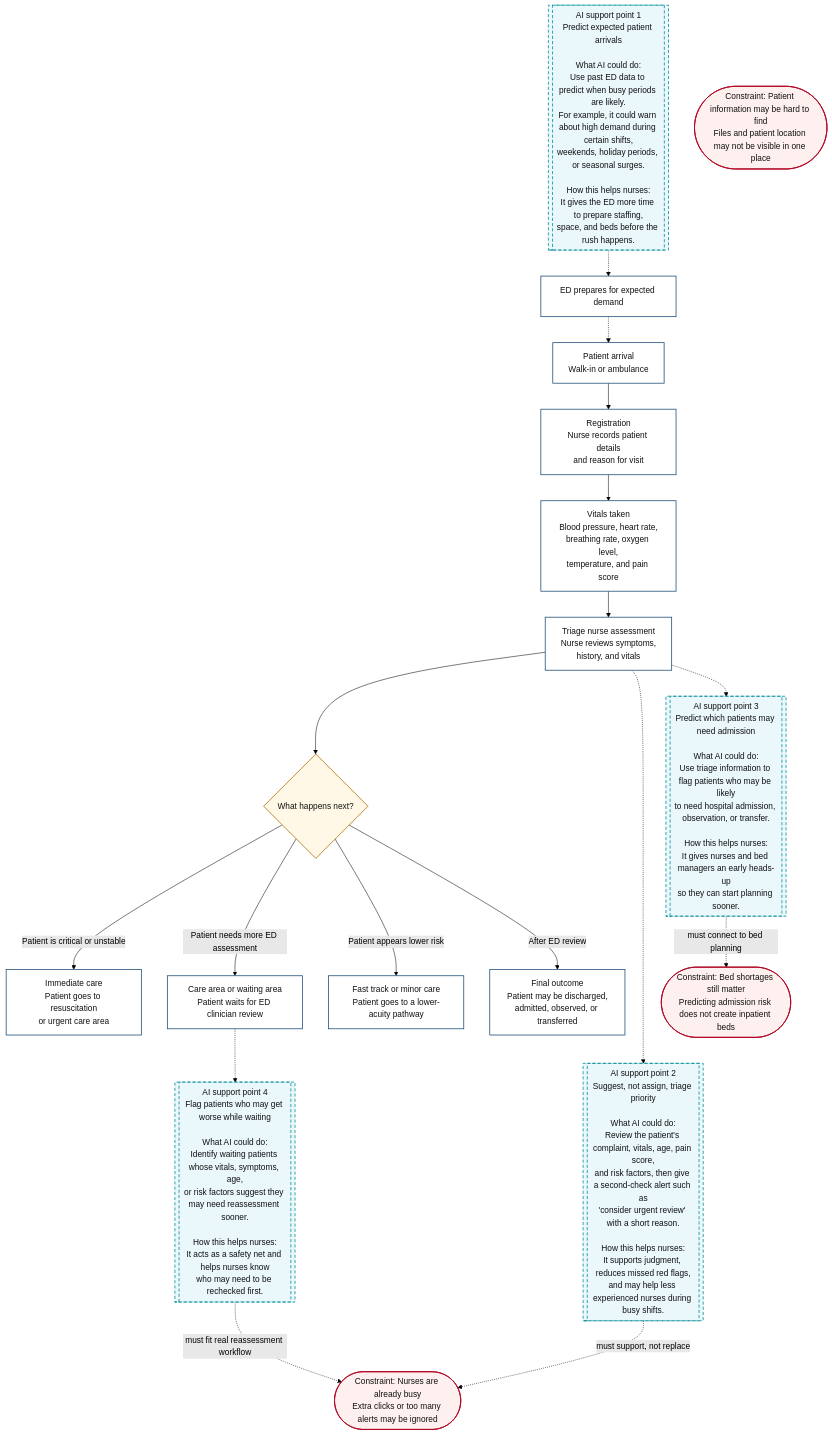
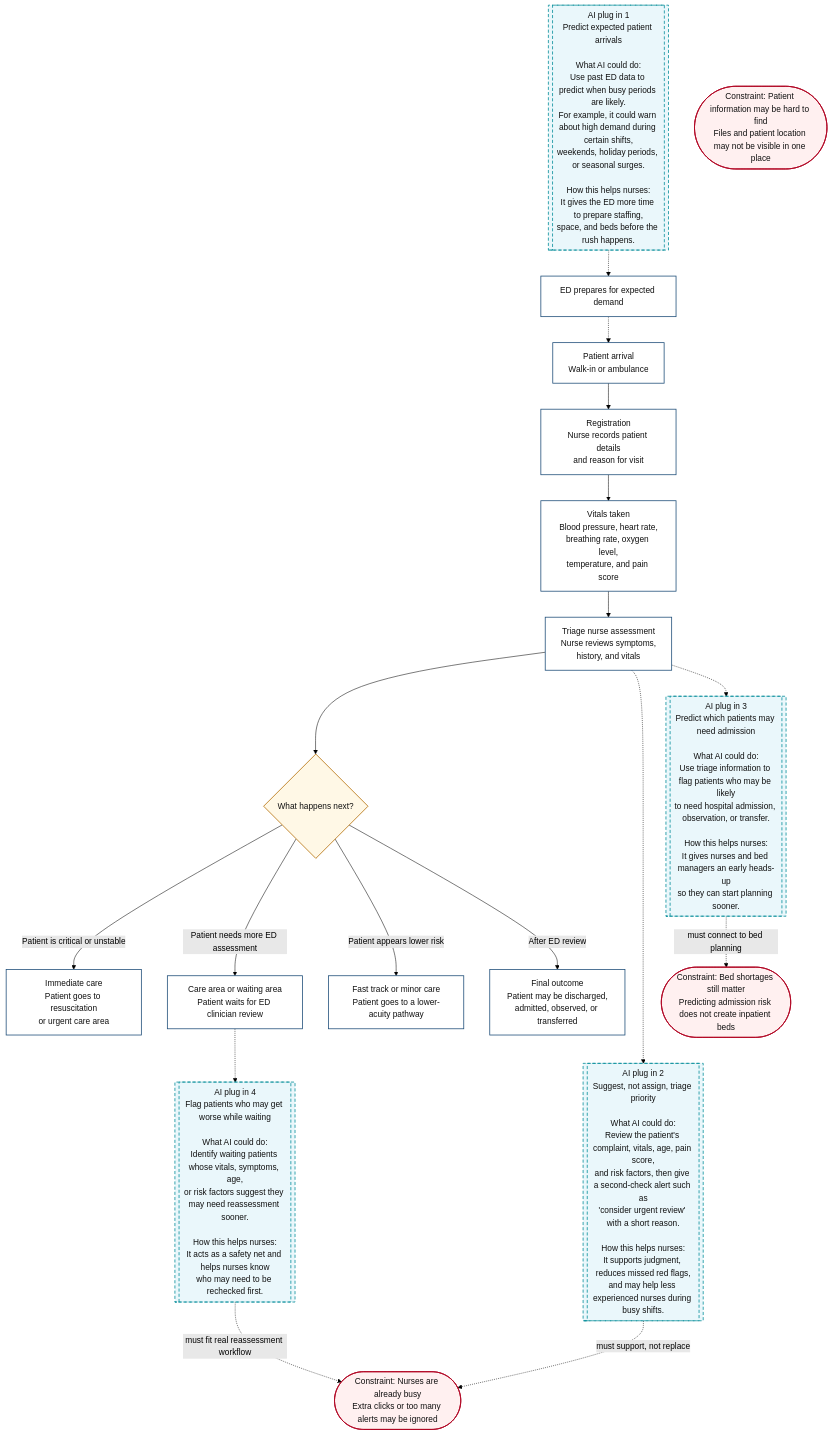
One commit to tinadams/carisurg-portfolio changed the diagram in docs/week_0_workflow.md. Above: the diagram before and after it, drawn with Mermaid (forest theme).

Commit message:
Update AI support points to AI plug ins in workflow

````diff
--- a/docs/week_0_workflow.md
+++ b/docs/week_0_workflow.md
@@ -1,55 +1,55 @@
 ```mermaid
 flowchart TD
 
 A[Patient arrival<br/>Walk-in or ambulance] --> B[Registration<br/>Nurse records patient details<br/>and reason for visit]
 
 B --> C[Vitals taken<br/>Blood pressure, heart rate,<br/>breathing rate, oxygen level,<br/>temperature, and pain score]
 
 C --> D[Triage nurse assessment<br/>Nurse reviews symptoms,<br/>history, and vitals]
 
 D --> E{What happens next?}
 
 E -->|Patient is critical or unstable| F[Immediate care<br/>Patient goes to resuscitation<br/>or urgent care area]
 
 E -->|Patient needs more ED assessment| G[Care area or waiting area<br/>Patient waits for ED clinician review]
 
 E -->|Patient appears lower risk| H[Fast track or minor care<br/>Patient goes to a lower-acuity pathway]
 
 E -->|After ED review| I[Final outcome<br/>Patient may be discharged,<br/>admitted, observed, or transferred]
 
-AI1[[AI support point 1<br/>Predict expected patient arrivals<br/><br/>What AI could do:<br/>Use past ED data to predict when busy periods are likely.<br/>For example, it could warn about high demand during certain shifts,<br/>weekends, holiday periods, or seasonal surges.<br/><br/>How this helps nurses:<br/>It gives the ED more time to prepare staffing,<br/>space, and beds before the rush happens.]]
+AI1[[AI plug in 1<br/>Predict expected patient arrivals<br/><br/>What AI could do:<br/>Use past ED data to predict when busy periods are likely.<br/>For example, it could warn about high demand during certain shifts,<br/>weekends, holiday periods, or seasonal surges.<br/><br/>How this helps nurses:<br/>It gives the ED more time to prepare staffing,<br/>space, and beds before the rush happens.]]
 
-AI2[[AI support point 2<br/>Suggest, not assign, triage priority<br/><br/>What AI could do:<br/>Review the patient's complaint, vitals, age, pain score,<br/>and risk factors, then give a second-check alert such as<br/>'consider urgent review' with a short reason.<br/><br/>How this helps nurses:<br/>It supports judgment, reduces missed red flags,<br/>and may help less experienced nurses during busy shifts.]]
+AI2[[AI plug in 2<br/>Suggest, not assign, triage priority<br/><br/>What AI could do:<br/>Review the patient's complaint, vitals, age, pain score,<br/>and risk factors, then give a second-check alert such as<br/>'consider urgent review' with a short reason.<br/><br/>How this helps nurses:<br/>It supports judgment, reduces missed red flags,<br/>and may help less experienced nurses during busy shifts.]]
 
-AI3[[AI support point 3<br/>Predict which patients may need admission<br/><br/>What AI could do:<br/>Use triage information to flag patients who may be likely<br/>to need hospital admission, observation, or transfer.<br/><br/>How this helps nurses:<br/>It gives nurses and bed managers an early heads-up<br/>so they can start planning sooner.]]
+AI3[[AI plug in 3<br/>Predict which patients may need admission<br/><br/>What AI could do:<br/>Use triage information to flag patients who may be likely<br/>to need hospital admission, observation, or transfer.<br/><br/>How this helps nurses:<br/>It gives nurses and bed managers an early heads-up<br/>so they can start planning sooner.]]
 
-AI4[[AI support point 4<br/>Flag patients who may get worse while waiting<br/><br/>What AI could do:<br/>Identify waiting patients whose vitals, symptoms, age,<br/>or risk factors suggest they may need reassessment sooner.<br/><br/>How this helps nurses:<br/>It acts as a safety net and helps nurses know<br/>who may need to be rechecked first.]]
+AI4[[AI plug in 4<br/>Flag patients who may get worse while waiting<br/><br/>What AI could do:<br/>Identify waiting patients whose vitals, symptoms, age,<br/>or risk factors suggest they may need reassessment sooner.<br/><br/>How this helps nurses:<br/>It acts as a safety net and helps nurses know<br/>who may need to be rechecked first.]]
 
 PRE[ED prepares for expected demand]
 
 AI1 -.-> PRE
 PRE -.-> A
 D -.-> AI2
 D -.-> AI3
 G -.-> AI4
 
 C1([Constraint: Patient information may be hard to find<br/>Files and patient location may not be visible in one place])
 
 C2([Constraint: Nurses are already busy<br/>Extra clicks or too many alerts may be ignored])
 
 C3([Constraint: Bed shortages still matter<br/>Predicting admission risk does not create inpatient beds])
 
 AI2 -. must support, not replace .-> C2
 AI3 -. must connect to bed planning .-> C3
 AI4 -. must fit real reassessment workflow .-> C2
 
 classDef process fill:#ffffff,stroke:#1f4e79,stroke-width:1.5px,color:#111;
 classDef decision fill:#fff8e6,stroke:#b36b00,stroke-width:1.5px,color:#111;
 classDef ai fill:#eaf7fb,stroke:#008c99,stroke-width:1.5px,stroke-dasharray: 6 4,color:#111;
 classDef constraint fill:#fff0f0,stroke:#b00020,stroke-width:1.5px,color:#111;
 
 class A,B,C,D,F,G,H,I,PRE process;
 class E decision;
 class AI1,AI2,AI3,AI4 ai;
 class C1,C2,C3 constraint;
 ```
````
